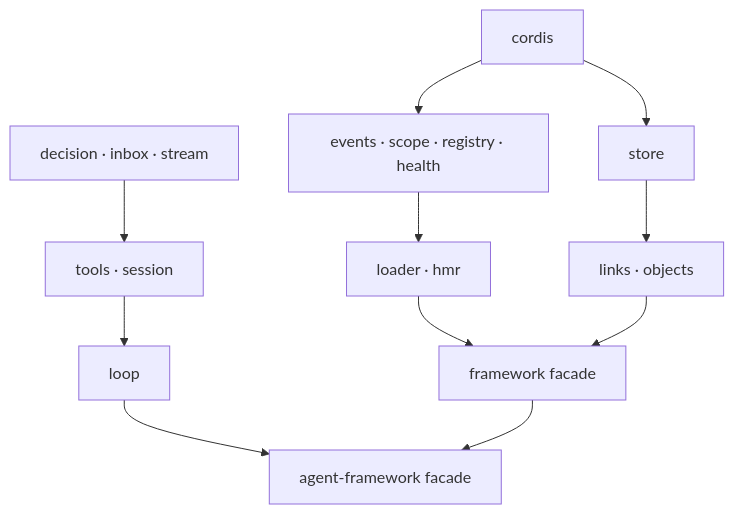
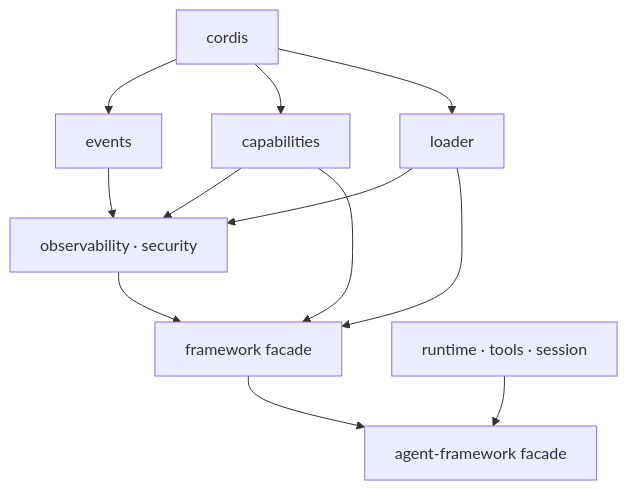
Before and after one commit to jesspig/zeta-agent: the fifth of 5 diagrams in docs/desgin/architecture/framework-model.md, drawn with Mermaid. The commit also changed other lines of this file and 3 other files, not shown here.

````diff
--- a/docs/desgin/architecture/framework-model.md
+++ b/docs/desgin/architecture/framework-model.md
@@ -324,12 +312,10 @@
 ```mermaid
 flowchart TB
-    C1[cordis] --> C2[events · scope · registry · health]
-    C2 --> C3[loader · hmr]
-    C1 --> C4[store]
-    C4 --> C5[links · objects]
-    C3 & C5 --> FW[framework facade]
-    D1[decision · inbox · stream] --> D2[tools · session]
-    D2 --> D3[loop]
-    D3 --> AF[agent-framework facade]
+    C1[cordis] --> C2[events]
+    C1 --> C3[capabilities]
+    C1 --> C4[loader]
+    C2 & C3 & C4 --> C5[observability · security]
+    C3 & C4 & C5 --> FW[framework facade]
+    D1[runtime · tools · session] --> AF[agent-framework facade]
     FW --> AF
 ```
````
